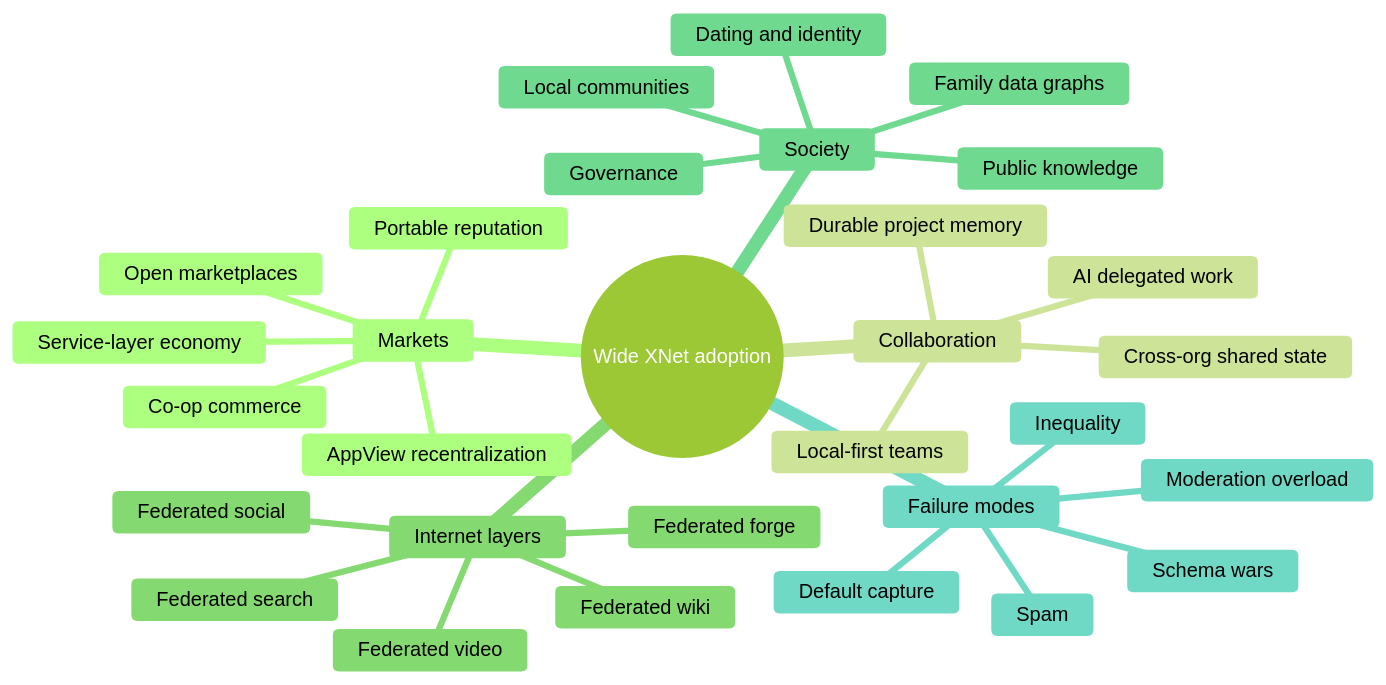
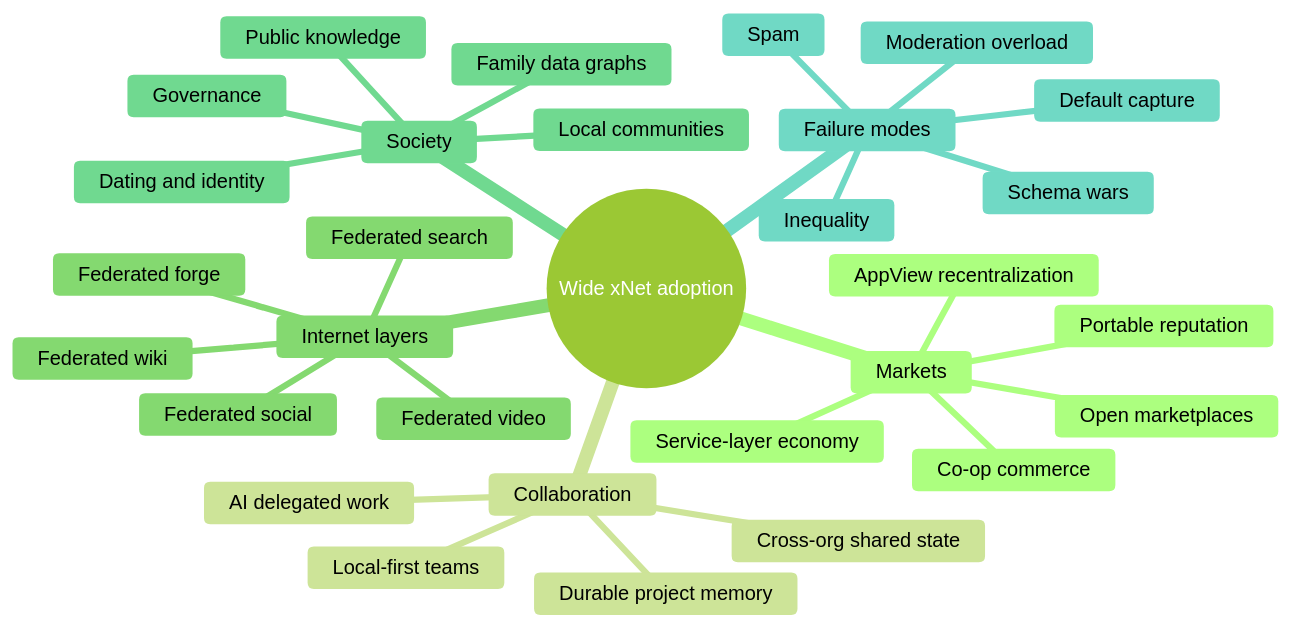
One commit to crs48/xNet changed the ninth of 12 diagrams in docs/explorations/0141_[_]_GLOBAL_BUSINESSES_AND_MARKETS_UNDER_WIDE_XNET_ADOPTION_FEDERATED_COMMERCE_COLLABORATION_INTERNET_SEARCH_SOCIAL_WIKIPEDIA_YOUTUBE_GITHUB.md. Above: the diagram before and after it, drawn with Mermaid (forest theme). The commit also changed 22 other files, not shown here.

````diff
--- a/docs/explorations/0141_[_]_GLOBAL_BUSINESSES_AND_MARKETS_UNDER_WIDE_XNET_ADOPTION_FEDERATED_COMMERCE_COLLABORATION_INTERNET_SEARCH_SOCIAL_WIKIPEDIA_YOUTUBE_GITHUB.md
+++ b/docs/explorations/0141_[_]_GLOBAL_BUSINESSES_AND_MARKETS_UNDER_WIDE_XNET_ADOPTION_FEDERATED_COMMERCE_COLLABORATION_INTERNET_SEARCH_SOCIAL_WIKIPEDIA_YOUTUBE_GITHUB.md
@@ -1172,33 +1172,33 @@
 ```mermaid
 mindmap
-  root((Wide XNet adoption))
+  root((Wide xNet adoption))
     Markets
       Open marketplaces
       Co-op commerce
       AppView recentralization
       Portable reputation
       Service-layer economy
     Collaboration
       Cross-org shared state
       Local-first teams
       AI delegated work
       Durable project memory
     Internet layers
       Federated search
       Federated social
       Federated video
       Federated forge
       Federated wiki
     Society
       Family data graphs
       Dating and identity
       Local communities
       Public knowledge
       Governance
     Failure modes
       Spam
       Schema wars
       Moderation overload
       Default capture
       Inequality
 ```
````
